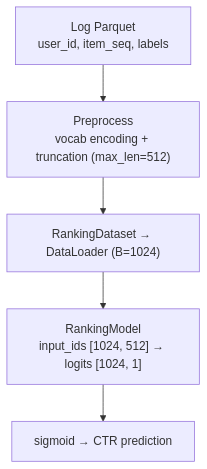
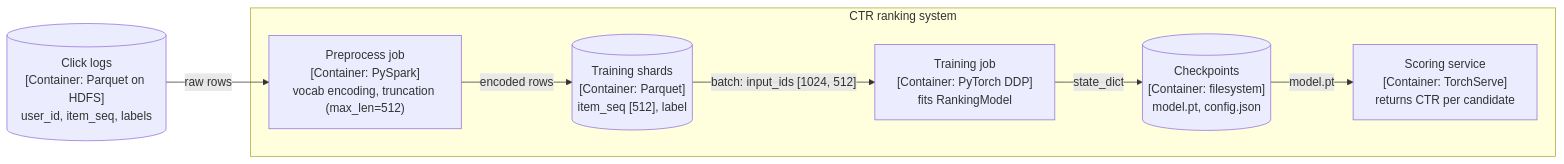
The first of 2 diagrams in skills/analyze-ml-repo/references/diagram-rules.md (ShinKyuY/workbench), drawn with Mermaid before and after one commit. The commit also changed other lines of this file and 7 other files, not shown here.

First line of the commit message:
feat(analyze-ml-repo): C4 다이어그램, draw.io 모델 그림, split과 전처리 대조 추가 (v0.11.0) (#36)

````diff
--- a/skills/analyze-ml-repo/references/diagram-rules.md
+++ b/skills/analyze-ml-repo/references/diagram-rules.md
@@ -65,9 +111,16 @@
 ```mermaid
-flowchart TD
-    A["Log Parquet<br/>user_id, item_seq, labels"]
-    B["Preprocess<br/>vocab encoding + truncation (max_len=512)"]
-    C["RankingDataset → DataLoader (B=1024)"]
-    D["RankingModel<br/>input_ids [1024, 512] → logits [1024, 1]"]
-    E["sigmoid → CTR prediction"]
-    A --> B --> C --> D --> E
+flowchart LR
+    LOGS[("Click logs<br/>[Container: Parquet on HDFS]<br/>user_id, item_seq, labels")]
+    subgraph SYS["CTR ranking system"]
+        PREP["Preprocess job<br/>[Container: PySpark]<br/>vocab encoding, truncation (max_len=512)"]
+        SHARDS[("Training shards<br/>[Container: Parquet]<br/>item_seq [512], label")]
+        TRAIN["Training job<br/>[Container: PyTorch DDP]<br/>fits RankingModel"]
+        CKPT[("Checkpoints<br/>[Container: filesystem]<br/>model.pt, config.json")]
+        SERVE["Scoring service<br/>[Container: TorchServe]<br/>returns CTR per candidate"]
+    end
+    LOGS -->|"raw rows"| PREP
+    PREP -->|"encoded rows"| SHARDS
+    SHARDS -->|"batch: input_ids [1024, 512]"| TRAIN
+    TRAIN -->|"state_dict"| CKPT
+    CKPT -->|"model.pt"| SERVE
 ```
````
